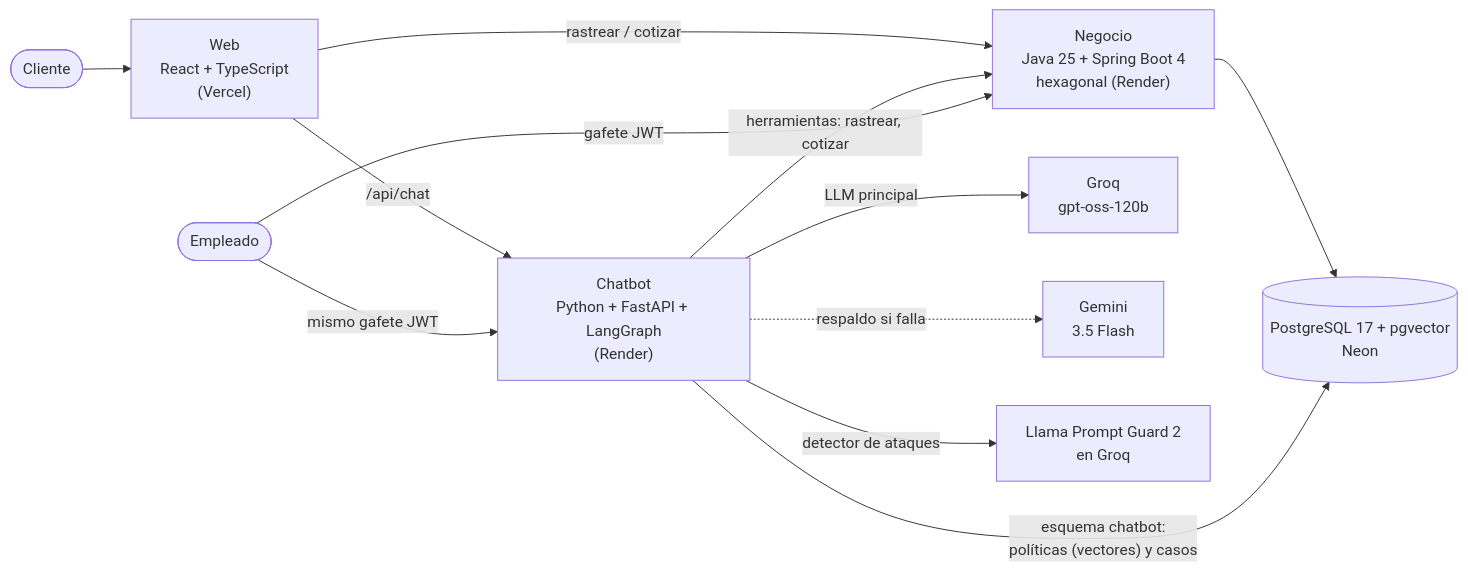
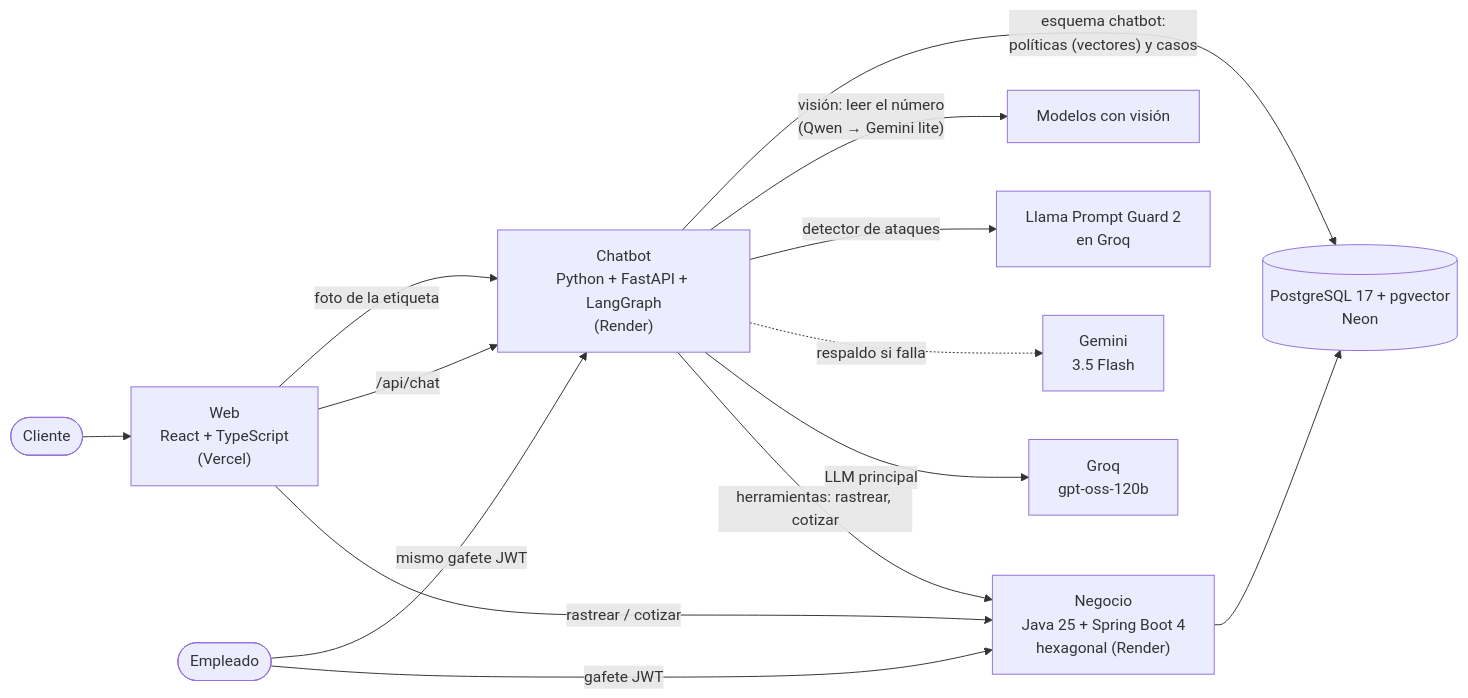
Before and after one commit to jaflores9891-glitch/pecdmx: the first of 2 diagrams in README.md, drawn with Mermaid. The commit also changed other lines of this file and 1 other file, not shown here.

````diff
--- a/README.md
+++ b/README.md
@@ -26,14 +28,16 @@
 ```mermaid
 flowchart LR
     C([Cliente]) --> W["Web<br/>React + TypeScript<br/>(Vercel)"]
     W -->|rastrear / cotizar| B["Negocio<br/>Java 25 + Spring Boot 4<br/>hexagonal (Render)"]
     W -->|/api/chat| CH["Chatbot<br/>Python + FastAPI + LangGraph<br/>(Render)"]
     CH -->|herramientas: rastrear, cotizar| B
     CH -->|LLM principal| G[Groq<br/>gpt-oss-120b]
     CH -.->|respaldo si falla| GE[Gemini<br/>3.5 Flash]
     CH -->|detector de ataques| PG[Llama Prompt Guard 2<br/>en Groq]
+    W -->|foto de la etiqueta| CH
+    CH -->|"visión: leer el número<br/>(Qwen → Gemini lite)"| V[Modelos con visión]
     B --> DB[(PostgreSQL 17 + pgvector<br/>Neon)]
     CH -->|"esquema chatbot:<br/>políticas (vectores) y casos"| DB
     E([Empleado]) -->|gafete JWT| B
     E -->|mismo gafete JWT| CH
 ```
````
